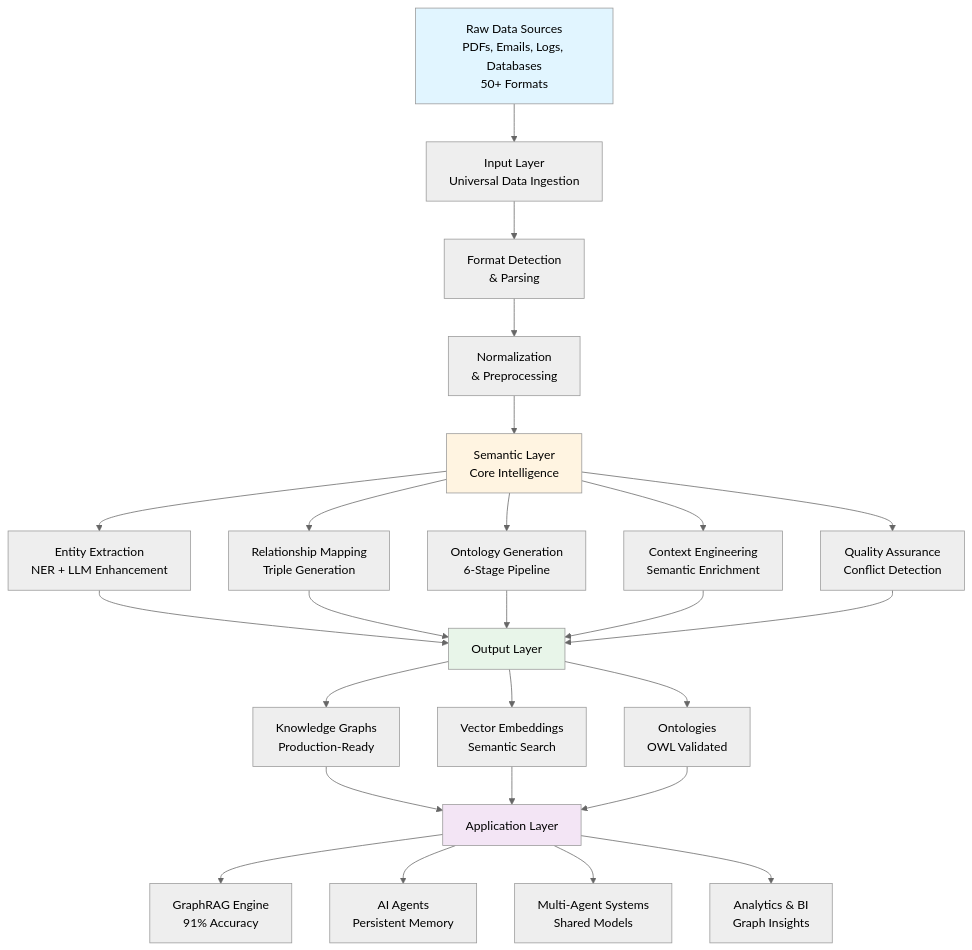
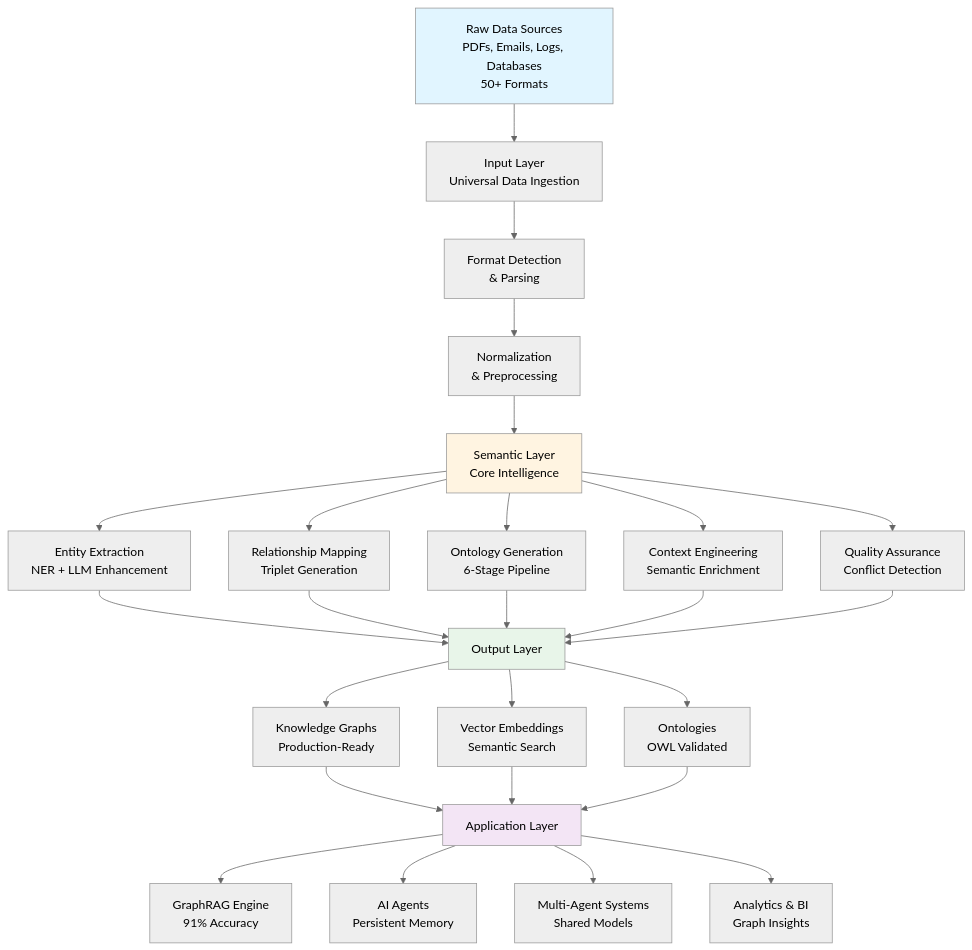
Before and after one commit to saxenam06/semantica: the diagram in README.md, drawn with Mermaid (neutral theme). The commit also changed other lines of this file and 81 other files, not shown here.

Commit message:
Refactor terminology: Triple -> Triplet across codebase, docs, and notebooks

````diff
--- a/README.md
+++ b/README.md
@@ -97,37 +97,37 @@
 ```mermaid
 flowchart TD
     A[Raw Data Sources<br/>PDFs, Emails, Logs, Databases<br/>50+ Formats] --> B[Input Layer<br/>Universal Data Ingestion]
     B --> C[Format Detection<br/>& Parsing]
     C --> D[Normalization<br/>& Preprocessing]
     D --> E[Semantic Layer<br/>Core Intelligence]
     
     E --> F[Entity Extraction<br/>NER + LLM Enhancement]
-    E --> G[Relationship Mapping<br/>Triple Generation]
+    E --> G[Relationship Mapping<br/>Triplet Generation]
     E --> H[Ontology Generation<br/>6-Stage Pipeline]
     E --> I[Context Engineering<br/>Semantic Enrichment]
     E --> J[Quality Assurance<br/>Conflict Detection]
     
     F --> K[Output Layer]
     G --> K
     H --> K
     I --> K
     J --> K
     
     K --> L[Knowledge Graphs<br/>Production-Ready]
     K --> M[Vector Embeddings<br/>Semantic Search]
     K --> N[Ontologies<br/>OWL Validated]
     
     L --> O[Application Layer]
     M --> O
     N --> O
     
     O --> P[GraphRAG Engine<br/>91% Accuracy]
     O --> Q[AI Agents<br/>Persistent Memory]
     O --> R[Multi-Agent Systems<br/>Shared Models]
     O --> S[Analytics & BI<br/>Graph Insights]
     
     style A fill:#e1f5ff
     style E fill:#fff4e1
     style K fill:#e8f5e9
     style O fill:#f3e5f5
 ```
````
